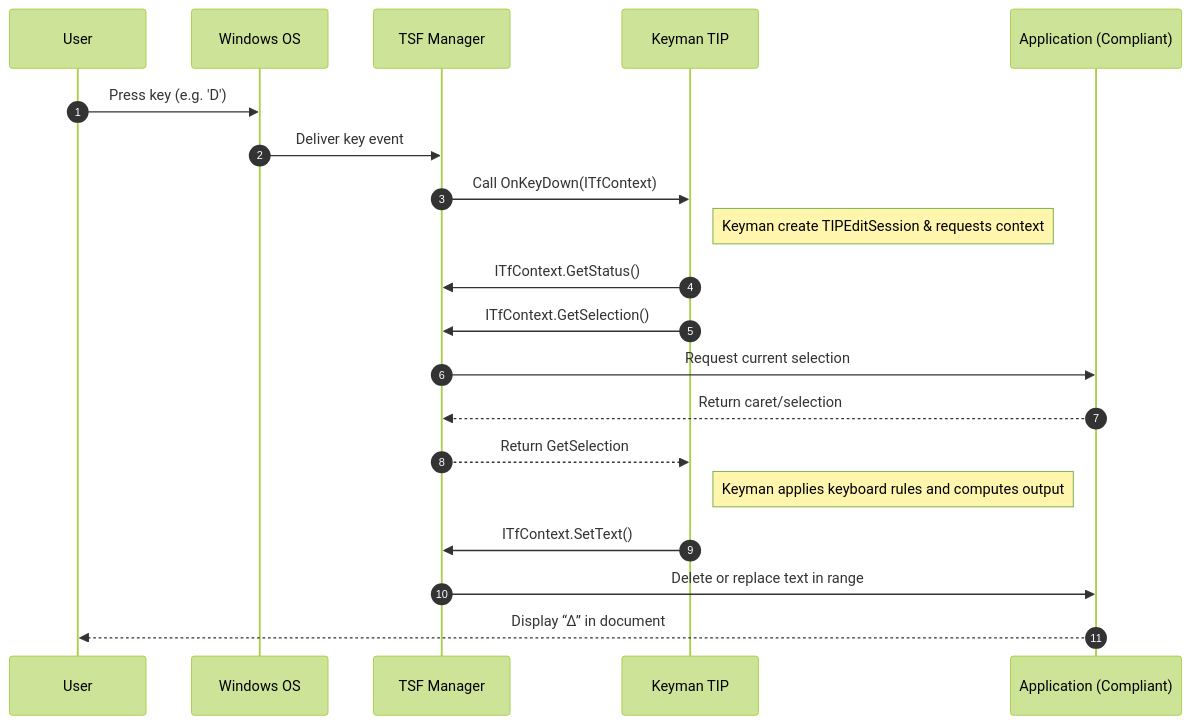
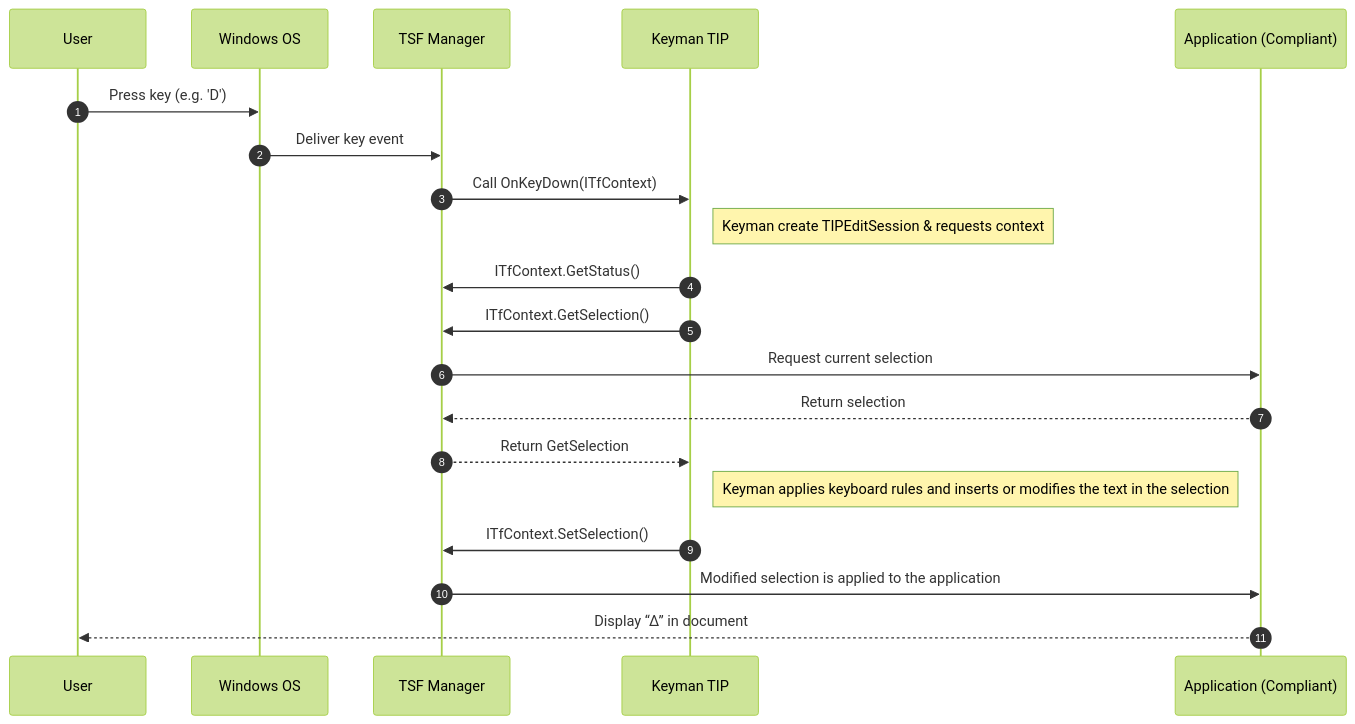
The diagram in knowledge-base/assets/kb0118/windows-compliant-app-sequence.mmd (keymanapp/help.keyman.com), drawn with Mermaid (forest theme) before and after one commit. The commit also changed 2 other files, not shown here.

```diff
--- a/knowledge-base/assets/kb0118/windows-compliant-app-sequence.mmd
+++ b/knowledge-base/assets/kb0118/windows-compliant-app-sequence.mmd
@@ -1,26 +1,26 @@
 sequenceDiagram
     autonumber
     participant User as User
     participant OS as Windows OS
     participant TSF as TSF Manager
     participant Keyman as Keyman TIP
     participant App as Application (Compliant)
 
     User->>OS: Press key (e.g. 'D')
     OS->>TSF: Deliver key event
     TSF->>Keyman: Call OnKeyDown(ITfContext)
 
     Note right of Keyman: Keyman create TIPEditSession & requests context
     Keyman->>TSF: ITfContext.GetStatus()
     Keyman->>TSF: ITfContext.GetSelection()
     TSF->>App: Request current selection
-    App-->>TSF: Return caret/selection
+    App-->>TSF: Return selection
     TSF-->>Keyman: Return GetSelection
 
 
-    Note right of Keyman: Keyman applies keyboard rules and computes output
+    Note right of Keyman: Keyman applies keyboard rules and inserts or modifies the text in the selection
 
-    Keyman->>TSF: ITfContext.SetText()
-    TSF->>App: Delete or replace text in range
+    Keyman->>TSF: ITfContext.SetSelection()
+    TSF->>App: Modified selection is applied to the application
 
     App-->>User: Display “∆” in document
```
